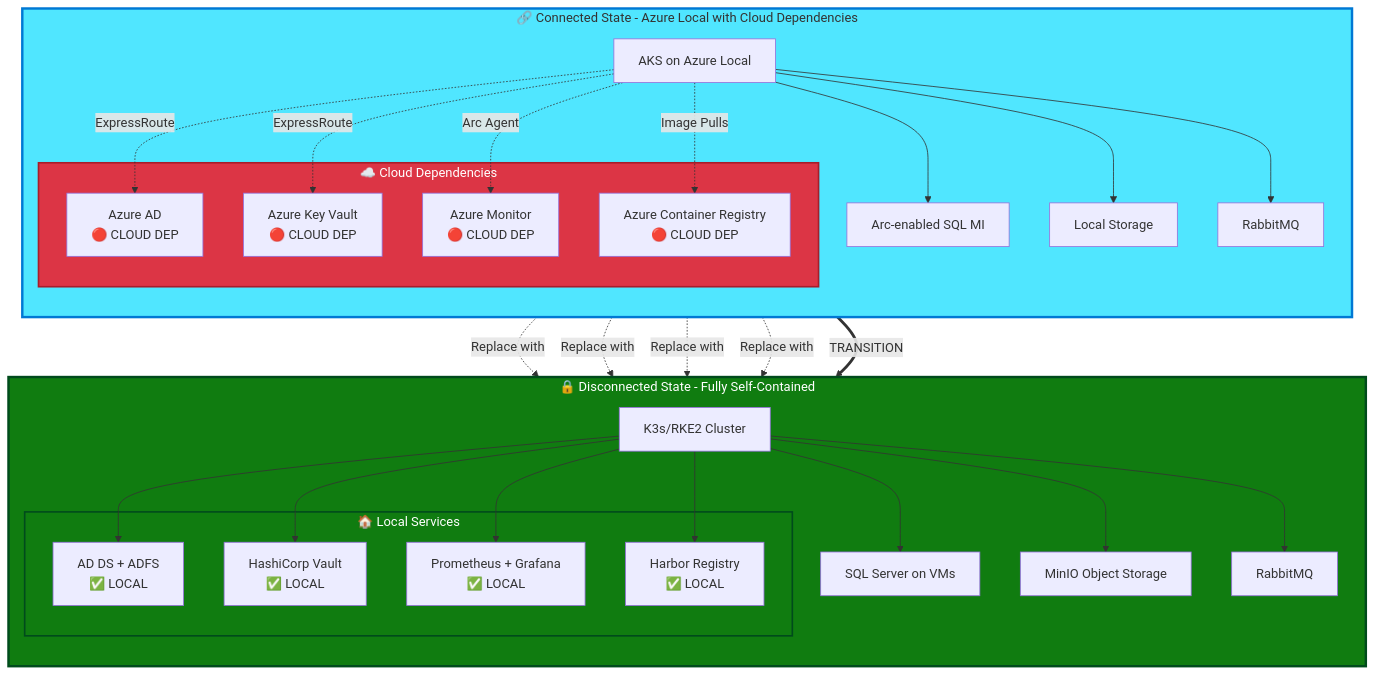
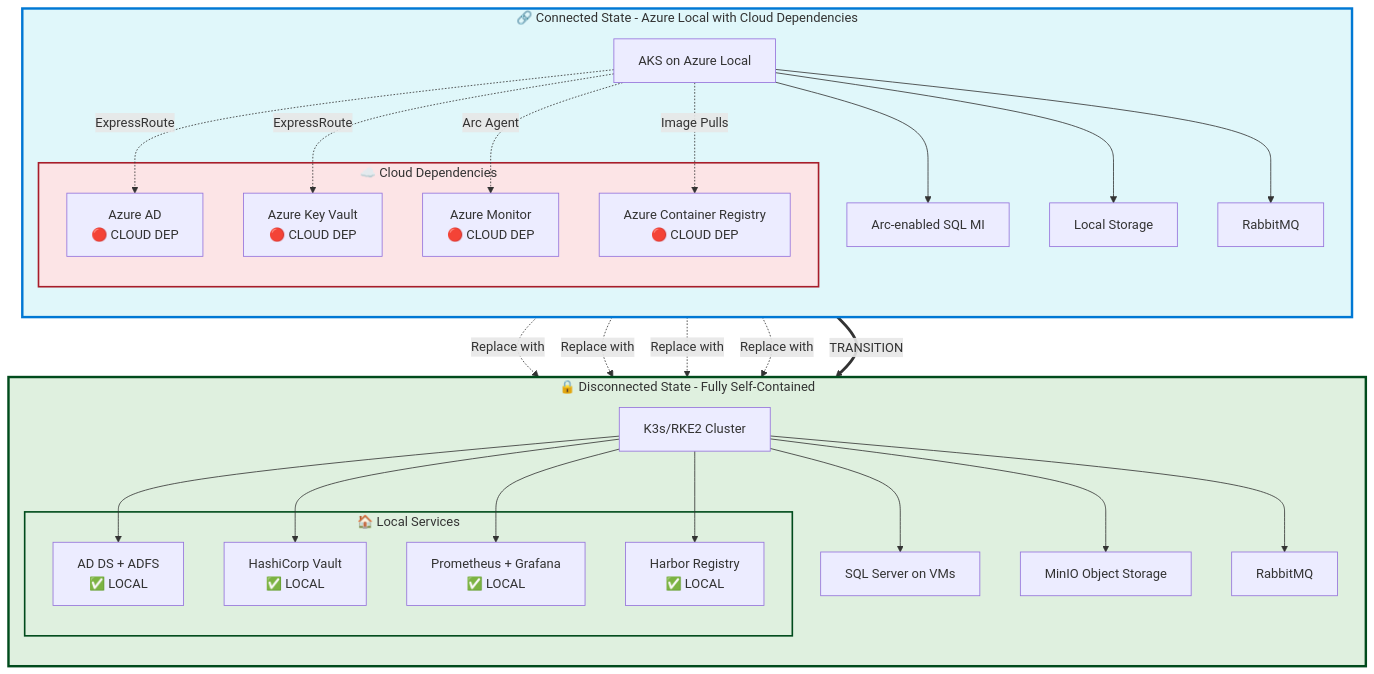
One commit to EmeaAppGbb/AzureHybridContinuumCookBook changed the first of 2 diagrams in docs/06-cloud-exit-scenarios/03-connected-to-disconnected.md. Above: the diagram before and after it, drawn with Mermaid. The commit also changed 28 other files, not shown here.

First line of the commit message:
Fix Mermaid diagram readability: use light pastel subgraph backgrounds

````diff
--- a/docs/06-cloud-exit-scenarios/03-connected-to-disconnected.md
+++ b/docs/06-cloud-exit-scenarios/03-connected-to-disconnected.md
@@ -849,60 +849,60 @@
 ```mermaid
 graph TB
     subgraph Before["🔗 Connected State - Azure Local with Cloud Dependencies"]
         direction TB
         AKS_C[AKS on Azure Local]
         SQL_C[Arc-enabled SQL MI]
         Storage_C[Local Storage]
         Queue_C[RabbitMQ]
         
         subgraph CloudDeps["☁️ Cloud Dependencies"]
             AAD_C[Azure AD<br/>🔴 CLOUD DEP]
             KV_C[Azure Key Vault<br/>🔴 CLOUD DEP]
             Monitor_C[Azure Monitor<br/>🔴 CLOUD DEP]
             ACR_C[Azure Container Registry<br/>🔴 CLOUD DEP]
         end
         
         AKS_C -.->|ExpressRoute| AAD_C
         AKS_C -.->|ExpressRoute| KV_C
         AKS_C -.->|Arc Agent| Monitor_C
         AKS_C -.->|Image Pulls| ACR_C
         AKS_C --> SQL_C
         AKS_C --> Storage_C
         AKS_C --> Queue_C
     end
     
     Before ==>|TRANSITION| After
     
     subgraph After["🔒 Disconnected State - Fully Self-Contained"]
         direction TB
         K3s_D[K3s/RKE2 Cluster]
         SQL_D[SQL Server on VMs]
         Storage_D[MinIO Object Storage]
         Queue_D[RabbitMQ]
         
         subgraph LocalServices["🏠 Local Services"]
             ADDS_D[AD DS + ADFS<br/>✅ LOCAL]
             Vault_D[HashiCorp Vault<br/>✅ LOCAL]
             Prom_D[Prometheus + Grafana<br/>✅ LOCAL]
             Harbor_D[Harbor Registry<br/>✅ LOCAL]
         end
         
         K3s_D --> ADDS_D
         K3s_D --> Vault_D
         K3s_D --> Prom_D
         K3s_D --> Harbor_D
         K3s_D --> SQL_D
         K3s_D --> Storage_D
         K3s_D --> Queue_D
     end
     
     AAD_C -.->|Replace with| ADDS_D
     KV_C -.->|Replace with| Vault_D
     Monitor_C -.->|Replace with| Prom_D
     ACR_C -.->|Replace with| Harbor_D
     
-    style Before fill:#50e6ff,stroke:#0078d4,stroke-width:3px
-    style After fill:#107c10,stroke:#004b1c,stroke-width:3px,color:#fff
-    style CloudDeps fill:#dc3545,stroke:#a71d2a,stroke-width:2px,color:#fff
-    style LocalServices fill:#107c10,stroke:#004b1c,stroke-width:2px,color:#fff
+    style Before fill:#e0f7fa,stroke:#0078d4,stroke-width:3px
+    style After fill:#dff0df,stroke:#004b1c,stroke-width:3px
+    style CloudDeps fill:#fce4e6,stroke:#a71d2a,stroke-width:2px
+    style LocalServices fill:#dff0df,stroke:#004b1c,stroke-width:2px
 ```
````
